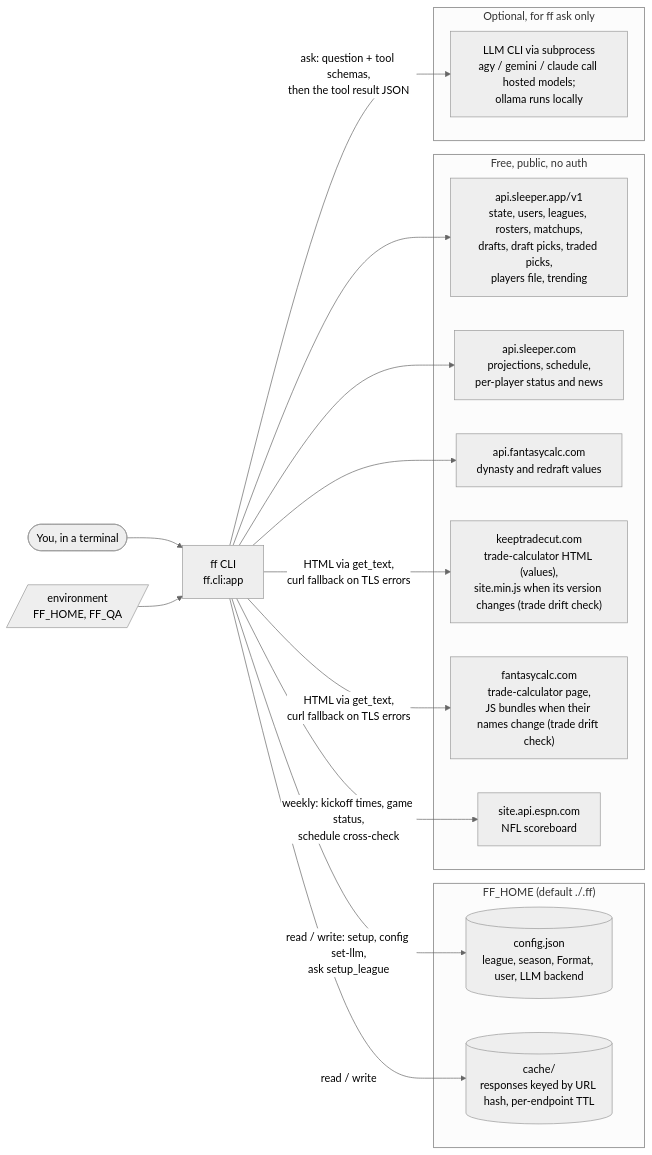
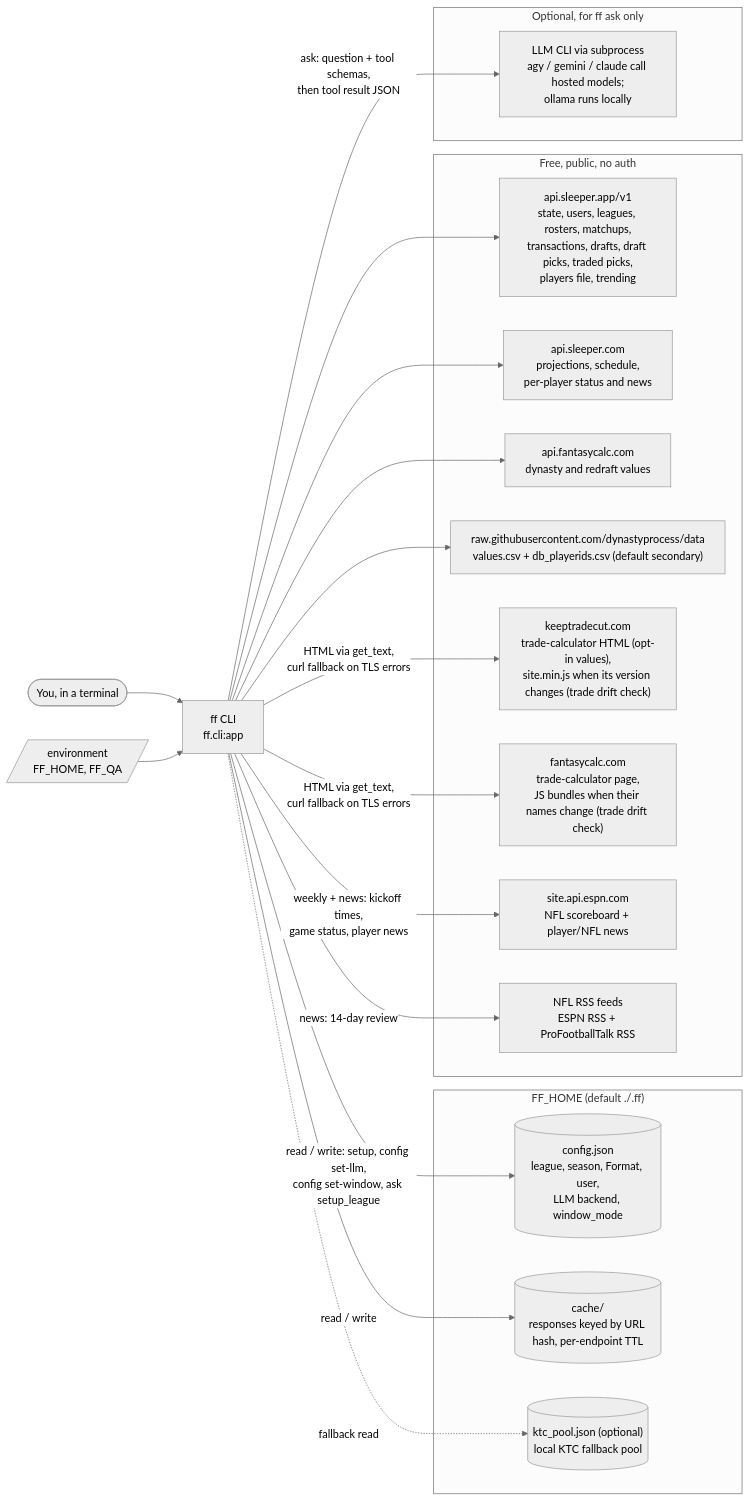
Before and after one commit to savvides/ff: the first of 7 diagrams in docs/architecture.md, drawn with Mermaid (neutral theme). The commit also changed other lines of this file and 10 other files, not shown here.

````diff
--- a/docs/architecture.md
+++ b/docs/architecture.md
@@ -16,33 +16,39 @@
 ```mermaid
 flowchart LR
   user(["You, in a terminal"]) --> ff["ff CLI<br/>ff.cli:app"]
   env[/"environment<br/>FF_HOME, FF_QA"/] --> ff
 
   subgraph home["FF_HOME (default ./.ff)"]
-    cfg[("config.json<br/>league, season, Format, user, LLM backend")]
+    cfg[("config.json<br/>league, season, Format, user,<br/>LLM backend, window_mode")]
     cache[("cache/<br/>responses keyed by URL hash, per-endpoint TTL")]
+    ktcpool[("ktc_pool.json (optional)<br/>local KTC fallback pool")]
   end
 
   subgraph free["Free, public, no auth"]
-    sapp["api.sleeper.app/v1<br/>state, users, leagues, rosters, matchups,<br/>drafts, draft picks, traded picks,<br/>players file, trending"]
+    sapp["api.sleeper.app/v1<br/>state, users, leagues, rosters, matchups,<br/>transactions, drafts, draft picks, traded picks,<br/>players file, trending"]
     scom["api.sleeper.com<br/>projections, schedule,<br/>per-player status and news"]
     fcapi["api.fantasycalc.com<br/>dynasty and redraft values"]
-    ktc["keeptradecut.com<br/>trade-calculator HTML (values),<br/>site.min.js when its version changes (trade drift check)"]
+    dp["raw.githubusercontent.com/dynastyprocess/data<br/>values.csv + db_playerids.csv (default secondary)"]
+    ktc["keeptradecut.com<br/>trade-calculator HTML (opt-in values),<br/>site.min.js when its version changes (trade drift check)"]
     fcsite["fantasycalc.com<br/>trade-calculator page,<br/>JS bundles when their names change (trade drift check)"]
-    espn["site.api.espn.com<br/>NFL scoreboard"]
+    espn["site.api.espn.com<br/>NFL scoreboard + player/NFL news"]
+    rss["NFL RSS feeds<br/>ESPN RSS + ProFootballTalk RSS"]
   end
 
   subgraph opt["Optional, for ff ask only"]
     local["LLM CLI via subprocess<br/>agy / gemini / claude call hosted models;<br/>ollama runs locally"]
   end
 
-  ff -->|"read / write: setup, config set-llm,<br/>ask setup_league"| cfg
+  ff -->|"read / write: setup, config set-llm,<br/>config set-window, ask setup_league"| cfg
   ff -->|read / write| cache
+  ff -.->|fallback read| ktcpool
   ff --> sapp
   ff --> scom
   ff --> fcapi
+  ff --> dp
   ff -->|"HTML via get_text,<br/>curl fallback on TLS errors"| ktc
   ff -->|"HTML via get_text,<br/>curl fallback on TLS errors"| fcsite
-  ff -->|"weekly: kickoff times, game status,<br/>schedule cross-check"| espn
-  ff -->|"ask: question + tool schemas,<br/>then the tool result JSON"| local
+  ff -->|"weekly + news: kickoff times,<br/>game status, player news"| espn
+  ff -->|"news: 14-day review"| rss
+  ff -->|"ask: question + tool schemas,<br/>then tool result JSON"| local
 ```
````
